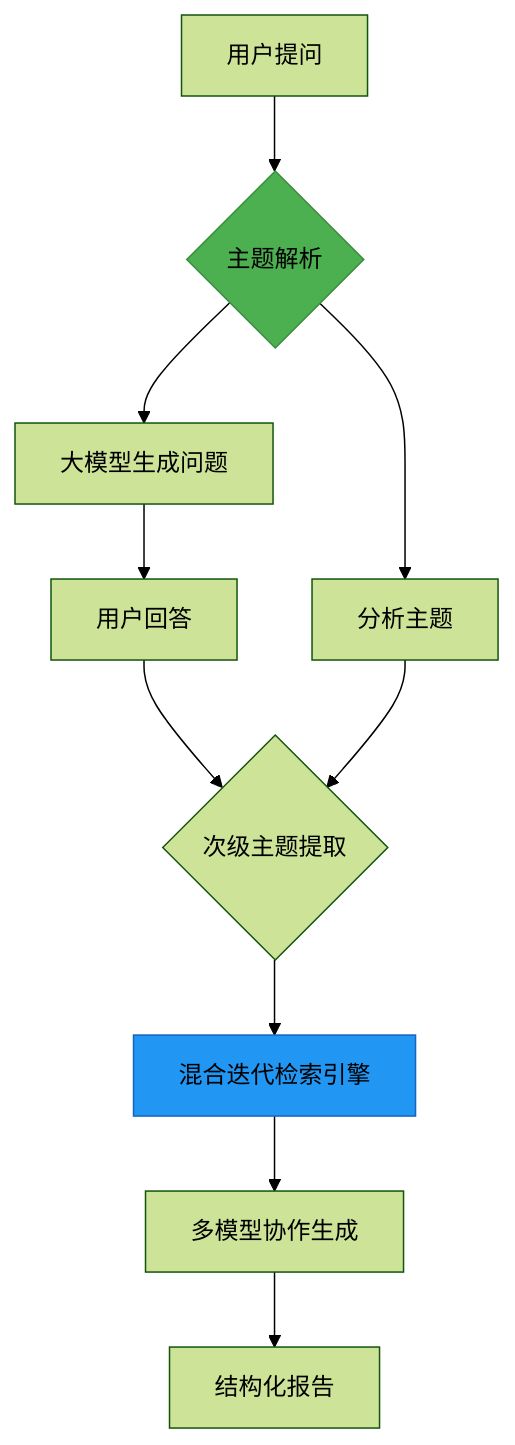
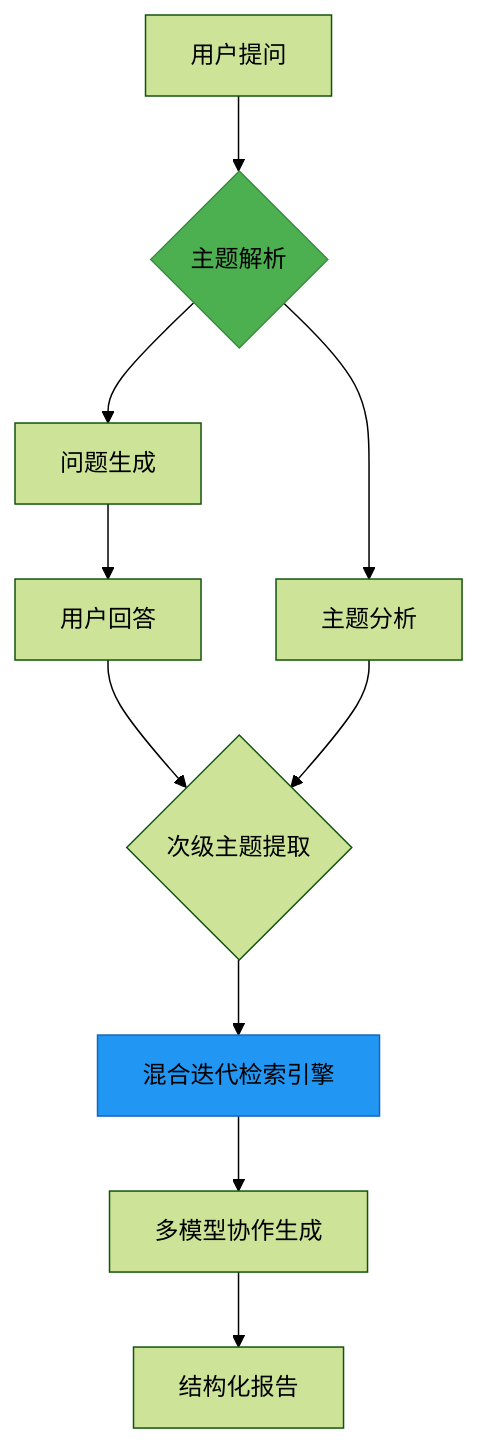
One commit to zard1152/Decision-helper changed the diagram in README.md. Above: the diagram before and after it, drawn with Mermaid (forest theme).

````diff
--- a/README.md
+++ b/README.md
@@ -19,15 +19,15 @@
 ```mermaid
 graph TD
     A[用户提问] --> B{主题解析}
-    B --> F[大模型生成问题]
+    B --> F[问题生成]
     F --> H[用户回答]
     H --> C
-    B --> I[分析主题]
+    B --> I[主题分析]
     I --> C{次级主题提取}
     C --> D[混合迭代检索引擎]
     D --> E[多模型协作生成]
     E --> G[结构化报告]
     
     style B fill:#4CAF50,stroke:#388E3C
     style D fill:#2196F3,stroke:#1565C0
 ```
````
